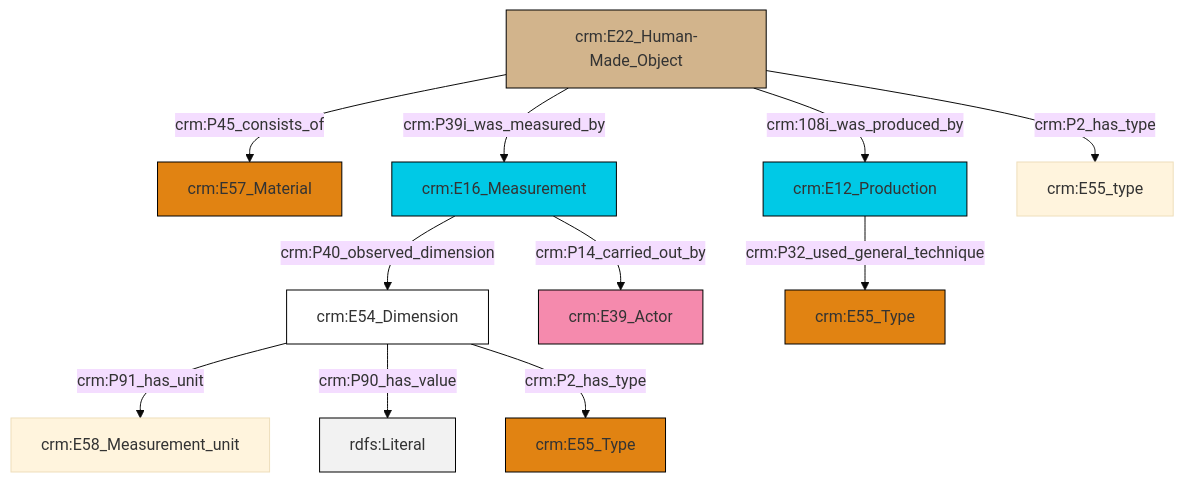
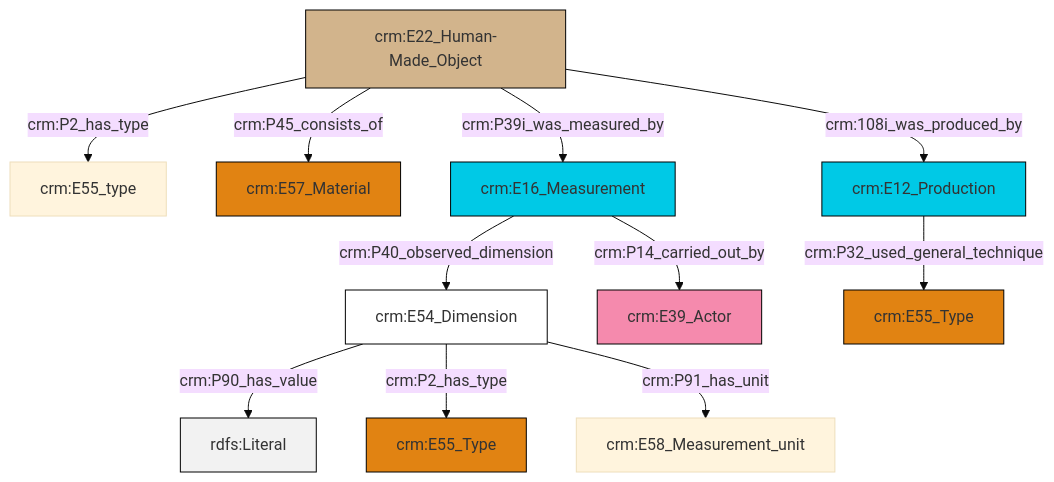
The diagram in et/artworkCSV/ttl/mmd/Artwork_substance.ttl.mmd (swiss-art-research-net/docs.swissartresearch), drawn with Mermaid (base theme) before and after one commit. The commit also changed 181 other files, not shown here.

```diff
--- a/et/artworkCSV/ttl/mmd/Artwork_substance.ttl.mmd
+++ b/et/artworkCSV/ttl/mmd/Artwork_substance.ttl.mmd
@@ -1,25 +1,25 @@
 graph TD
 classDef Literal fill:#f2f2f2,stroke:#000000;
 classDef CRM_Entity fill:#FFFFFF,stroke:#000000;
 classDef Temporal_Entity fill:#00C9E6, stroke:#000000;
 classDef Type fill:#E18312, stroke:#000000;
 classDef Time-Span fill:#2C9C91, stroke:#000000;
 classDef Appellation fill:#FFEB7F, stroke:#000000;
 classDef Place fill:#008836, stroke:#000000;
 classDef Persistent_Item fill:#B266B2, stroke:#000000;
 classDef Conceptual_Object fill:#FFD700, stroke:#000000;
 classDef Physical_Thing fill:#D2B48C, stroke:#000000;
 classDef Actor fill:#f58aad, stroke:#000000;
 classDef PC_Classes fill:#4ce600, stroke:#000000;
 classDef Multi fill:#cccccc,stroke:#000000;
 
-0["crm:E22_Human-Made_Object"]:::Physical_Thing -->|crm:P45_consists_of| 1["crm:E57_Material"]:::Type
-0["crm:E22_Human-Made_Object"]:::Physical_Thing -->|crm:P39i_was_measured_by| 2["crm:E16_Measurement"]:::Temporal_Entity
-3["crm:E54_Dimension"]:::CRM_Entity -->|crm:P91_has_unit| 4["crm:E58_Measurement_unit"]:::Default
-0["crm:E22_Human-Made_Object"]:::Physical_Thing -->|crm:108i_was_produced_by| 5["crm:E12_Production"]:::Temporal_Entity
-0["crm:E22_Human-Made_Object"]:::Physical_Thing -->|crm:P2_has_type| 6["crm:E55_type"]:::Default
-2["crm:E16_Measurement"]:::Temporal_Entity -->|crm:P14_carried_out_by| 8["crm:E39_Actor"]:::Actor
-5["crm:E12_Production"]:::Temporal_Entity -->|crm:P32_used_general_technique| 12["crm:E55_Type"]:::Type
-3["crm:E54_Dimension"]:::CRM_Entity -->|crm:P90_has_value| 13[rdfs:Literal]:::Literal
-3["crm:E54_Dimension"]:::CRM_Entity -->|crm:P2_has_type| 14["crm:E55_Type"]:::Type
-2["crm:E16_Measurement"]:::Temporal_Entity -->|crm:P40_observed_dimension| 3["crm:E54_Dimension"]:::CRM_Entity
+0["crm:E54_Dimension"]:::CRM_Entity -->|crm:P90_has_value| 1[rdfs:Literal]:::Literal
+6["crm:E16_Measurement"]:::Temporal_Entity -->|crm:P14_carried_out_by| 7["crm:E39_Actor"]:::Actor
+10["crm:E22_Human-Made_Object"]:::Physical_Thing -->|crm:P2_has_type| 2["crm:E55_type"]:::Default
+10["crm:E22_Human-Made_Object"]:::Physical_Thing -->|crm:P39i_was_measured_by| 6["crm:E16_Measurement"]:::Temporal_Entity
+10["crm:E22_Human-Made_Object"]:::Physical_Thing -->|crm:P45_consists_of| 4["crm:E57_Material"]:::Type
+0["crm:E54_Dimension"]:::CRM_Entity -->|crm:P2_has_type| 16["crm:E55_Type"]:::Type
+6["crm:E16_Measurement"]:::Temporal_Entity -->|crm:P40_observed_dimension| 0["crm:E54_Dimension"]:::CRM_Entity
+10["crm:E22_Human-Made_Object"]:::Physical_Thing -->|crm:108i_was_produced_by| 8["crm:E12_Production"]:::Temporal_Entity
+0["crm:E54_Dimension"]:::CRM_Entity -->|crm:P91_has_unit| 17["crm:E58_Measurement_unit"]:::Default
+8["crm:E12_Production"]:::Temporal_Entity -->|crm:P32_used_general_technique| 13["crm:E55_Type"]:::Type
```
